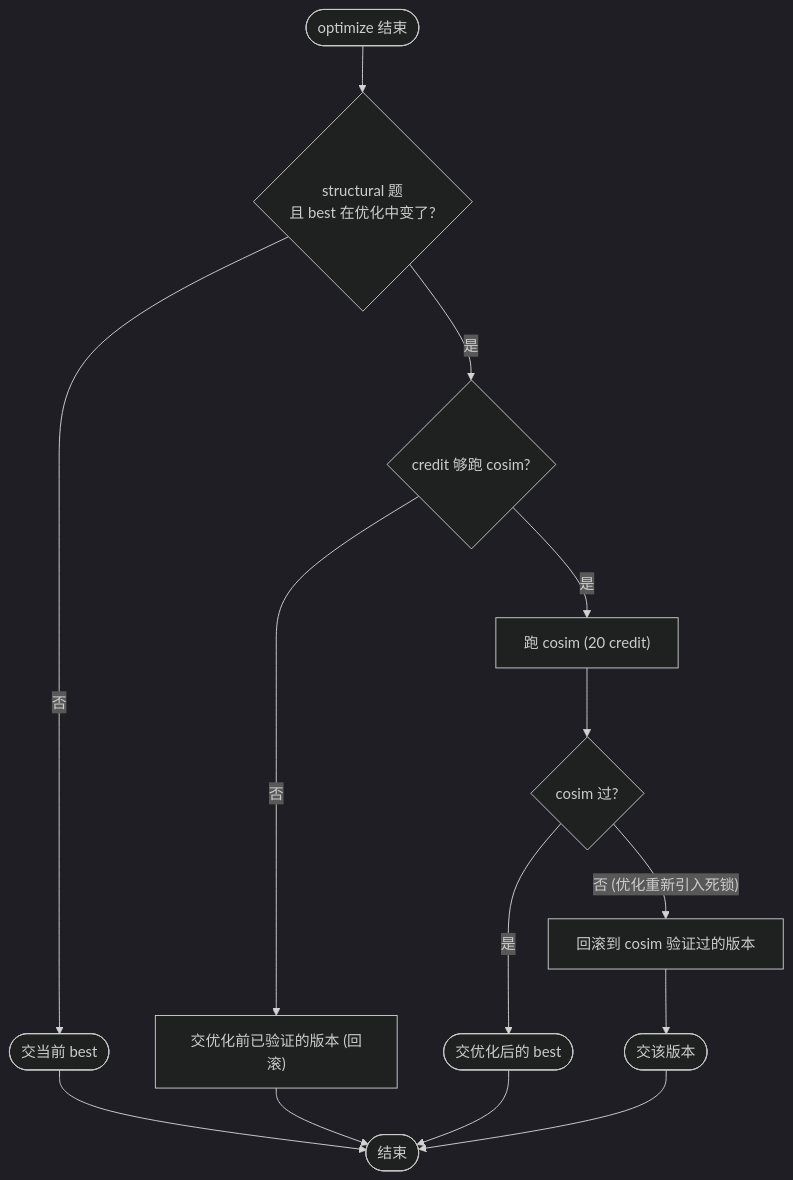
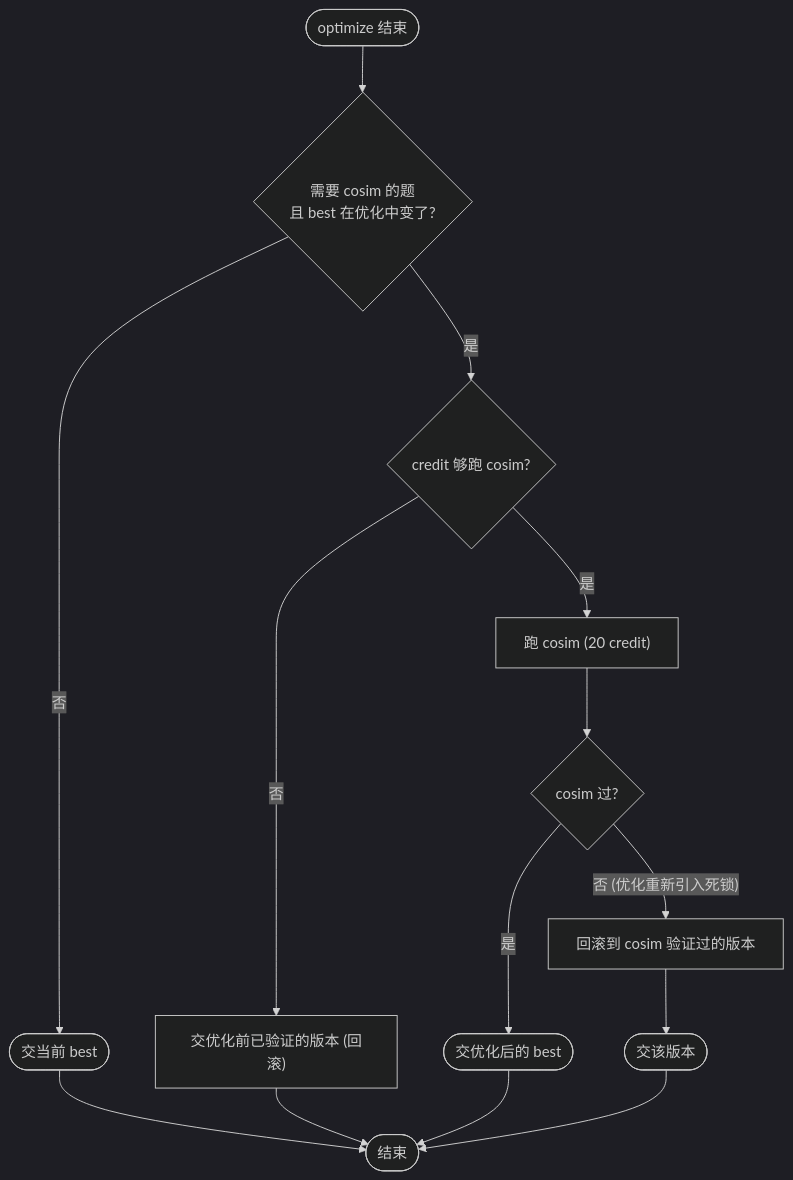
Before and after one commit to QFcattail/llm4hls: the fifth of 5 diagrams in docs-development/design/agent-architecture.md, drawn with Mermaid (dark theme). The commit also changed other lines of this file, not shown here.

Commit message:
docs(design): architecture v2.3 - synth fix loop + optimize loop + design-doc extraction spec

````diff
--- a/docs-development/design/agent-architecture.md
+++ b/docs-development/design/agent-architecture.md
@@ -333,15 +348,15 @@
 ```mermaid
 flowchart TD
-    Start([optimize 结束]) --> Q1{structural 题<br/>且 best 在优化中变了?}
+    Start([optimize 结束]) --> Q1{需要 cosim 的题<br/>且 best 在优化中变了?}
     Q1 -- 否 --> Submit(["交当前 best"]) --> Done([结束])
 
     Q1 -- 是 --> Q2{credit 够跑 cosim?}
     Q2 -- 否 --> Rollback1["交优化前已验证的版本 (回滚)"]
     Rollback1 --> Done
 
     Q2 -- 是 --> Cosim["跑 cosim (20 credit)"]
     Cosim --> Q3{cosim 过?}
     Q3 -- 是 --> SubmitOK(["交优化后的 best"]) --> Done
     Q3 -- 否 (优化重新引入死锁) --> Rollback2["回滚到 cosim 验证过的版本"]
     Rollback2 --> SubmitRollback(["交该版本"]) --> Done
 ```
````
